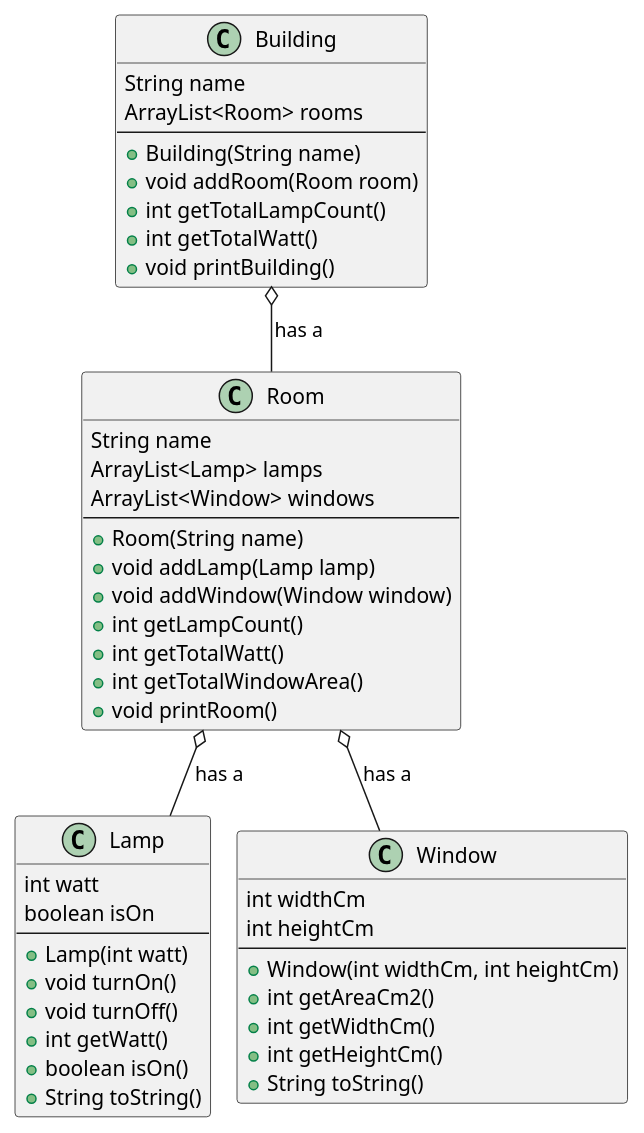
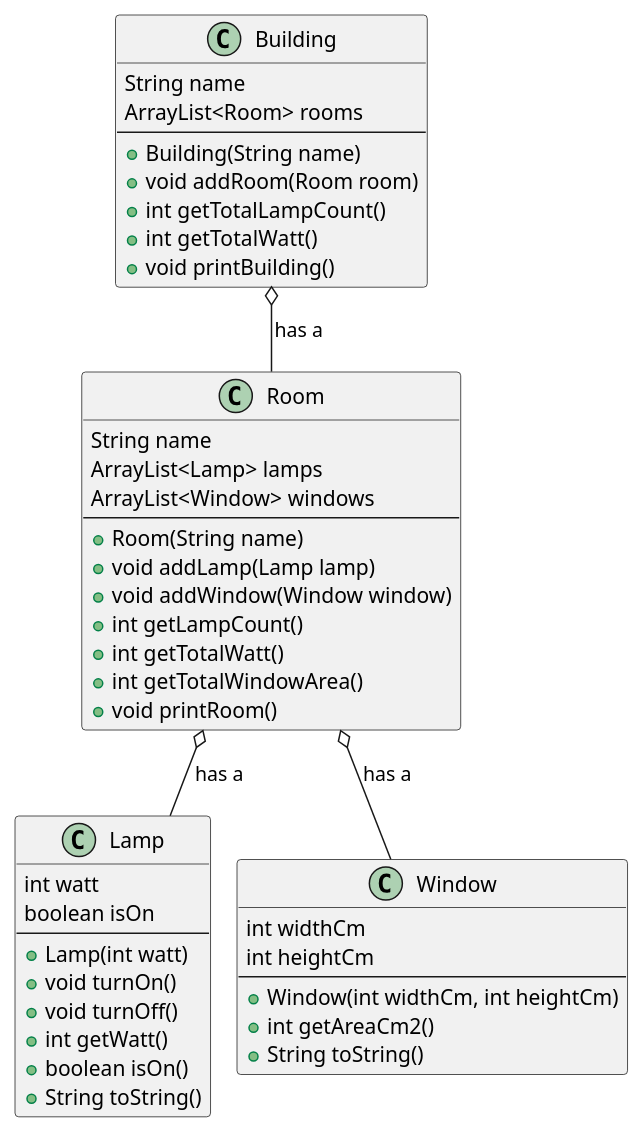
One commit to BesimaP/Uge_Opgave_5 changed the diagram in Documentation/Building.puml. Above: the diagram before and after it, drawn with PlantUML. The commit also changed 12 other files, not shown here.

```diff
--- a/Documentation/Building.puml
+++ b/Documentation/Building.puml
@@ -1,56 +1,54 @@
 @startuml
 !pragma layout smetana
 
 class Lamp {
     int watt
     boolean isOn
     --
     + Lamp(int watt)
     + void turnOn()
     + void turnOff()
     + int getWatt()
     + boolean isOn()
     + String toString()
 }
 
 class Window {
     int widthCm
     int heightCm
     --
     + Window(int widthCm, int heightCm)
     + int getAreaCm2()
-    + int getWidthCm()
-    + int getHeightCm()
     + String toString()
 }
 
 class Room {
     String name
     ArrayList<Lamp> lamps
     ArrayList<Window> windows
     --
     + Room(String name)
     + void addLamp(Lamp lamp)
     + void addWindow(Window window)
     + int getLampCount()
     + int getTotalWatt()
     + int getTotalWindowArea()
     + void printRoom()
 }
 
 class Building {
     String name
     ArrayList<Room> rooms
     --
     + Building(String name)
     + void addRoom(Room room)
     + int getTotalLampCount()
     + int getTotalWatt()
     + void printBuilding()
 }
 
 Building o-- Room : has a
 Room o-- Lamp : has a
 Room o-- Window : has a
 
 @enduml
```
